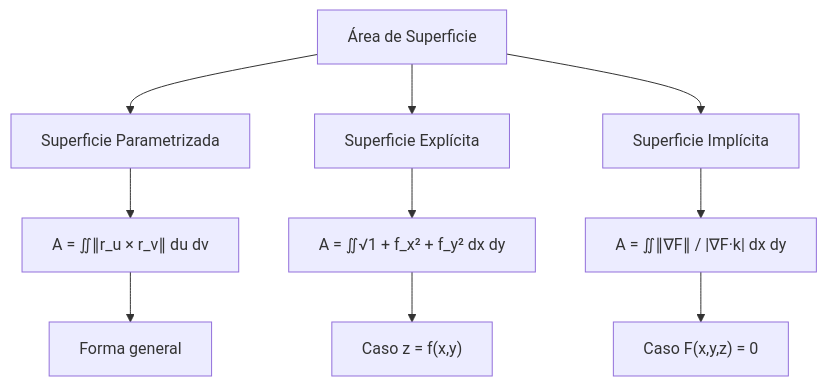
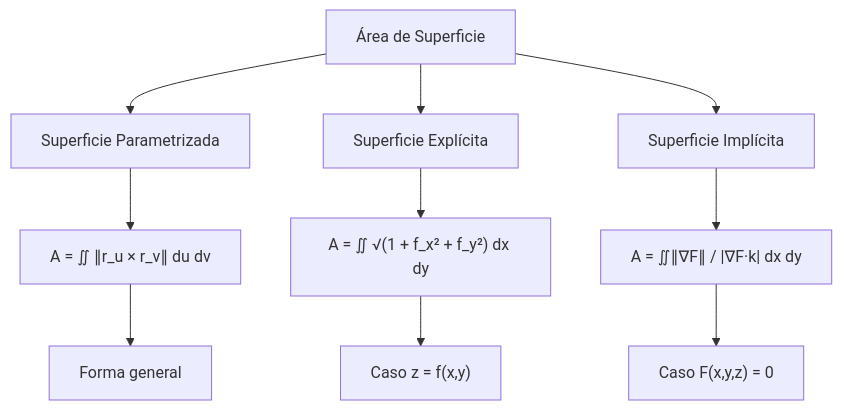
The first of 2 diagrams in public/documents/semester-3/2/3235.md (djaimej/computer-science-template), drawn with Mermaid before and after one commit. The commit also changed other lines of this file and 21 other files, not shown here.

````diff
--- a/public/documents/semester-3/2/3235.md
+++ b/public/documents/semester-3/2/3235.md
@@ -39,14 +43,14 @@
 ```mermaid
 graph TD
     A[Área de Superficie] --> B[Superficie Parametrizada]
     A --> C[Superficie Explícita]
     A --> D[Superficie Implícita]
 
-    B --> E[A = ∬∥r_u × r_v∥ du dv]
-    C --> F[A = ∬√1 + f_x² + f_y² dx dy]
+    B --> E["A = ∬ ∥r_u × r_v∥ du dv"]
+    C --> F["A = ∬ √(1 + f_x² + f_y²) dx dy"]
     D --> G["A = ∬∥∇F∥ / |∇F·k| dx dy"]
 
     E --> H[Forma general]
     F --> I["Caso z = f(x,y)"]
     G --> J["Caso F(x,y,z) = 0"]
 ```
````
